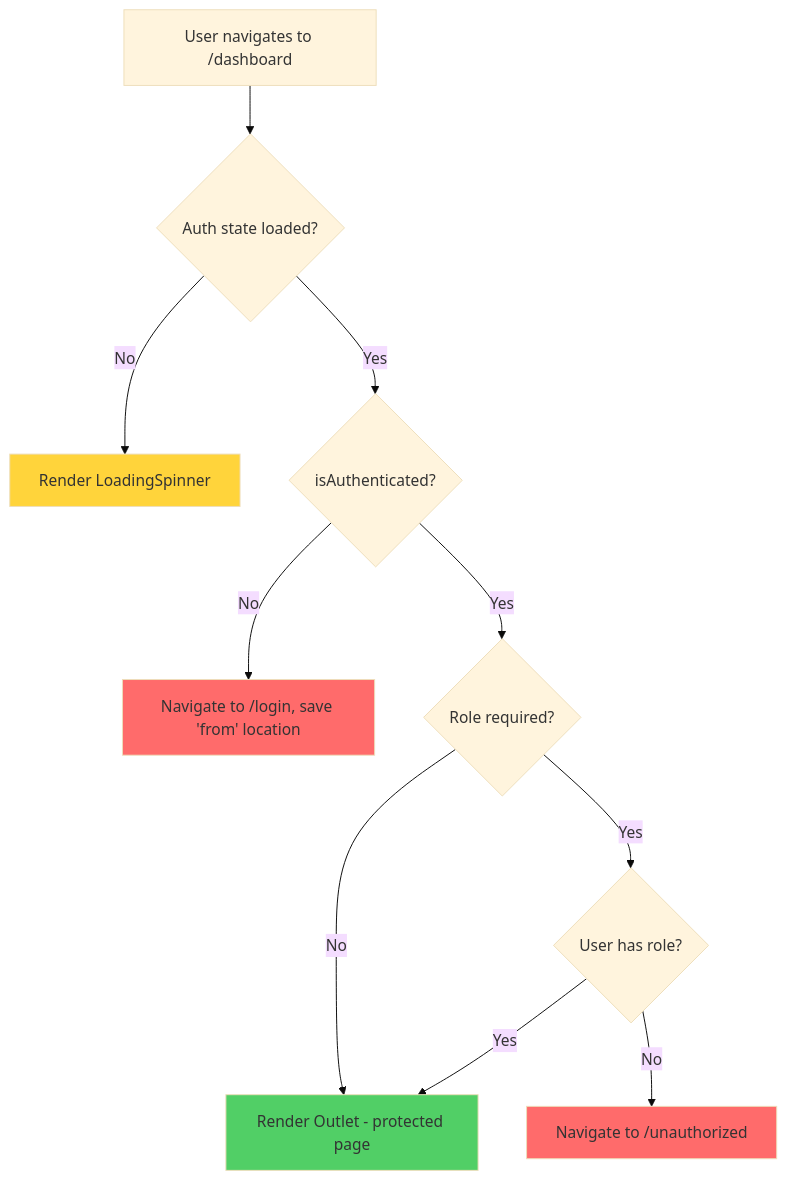
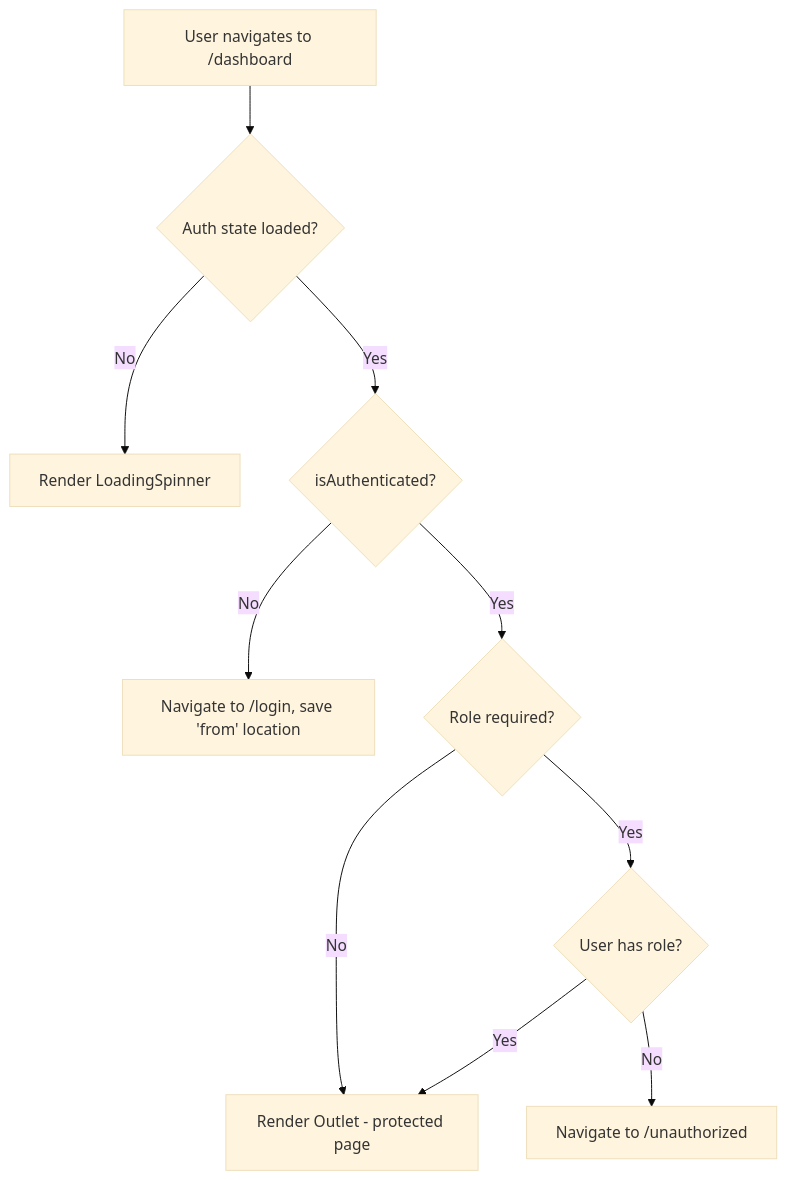
Before and after one commit to BabaScience/react-guides: the fourth of 6 diagrams in arguments/chapters/05-routing.md, drawn with Mermaid (base theme). The commit also changed other lines of this file and 29 other files, not shown here.

First line of the commit message:
Bring React FR/IT translations to full English parity + theme-safe diagrams

````diff
--- a/arguments/chapters/05-routing.md
+++ b/arguments/chapters/05-routing.md
@@ -1058,17 +1048,13 @@
 ```mermaid
 flowchart TD
     A["User navigates to /dashboard"] --> B{"Auth state loaded?"}
     B -->|No| C["Render LoadingSpinner"]
     B -->|Yes| D{"isAuthenticated?"}
     D -->|No| E["Navigate to /login, save 'from' location"]
     D -->|Yes| F{"Role required?"}
     F -->|No| G["Render Outlet - protected page"]
     F -->|Yes| H{"User has role?"}
     H -->|Yes| G
     H -->|No| I["Navigate to /unauthorized"]
 
-    style C fill:#ffd43b
-    style E fill:#ff6b6b
-    style G fill:#51cf66
-    style I fill:#ff6b6b
 ```
````
